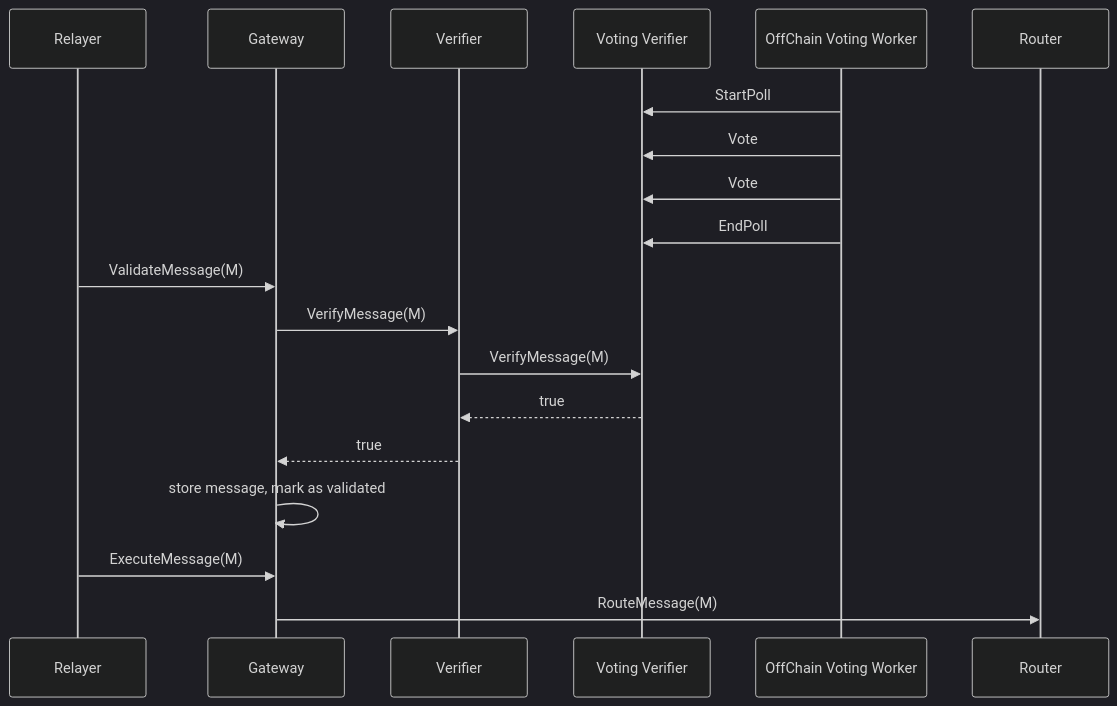
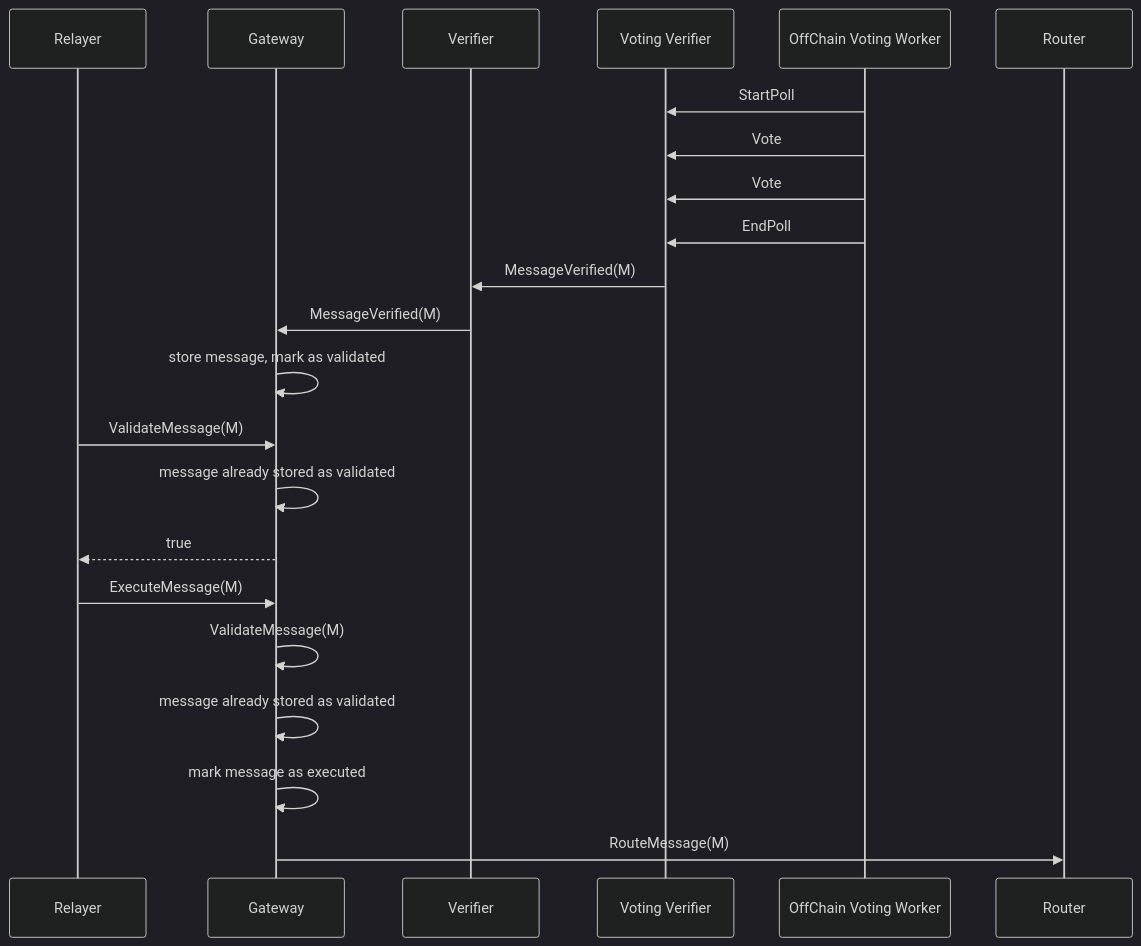
One commit to axelarnetwork/axelar-amplifier changed the third of 18 diagrams in README.md. Above: the diagram before and after it, drawn with Mermaid (dark theme). The commit also changed other lines of this file, not shown here.

````diff
--- a/README.md
+++ b/README.md
@@ -121,23 +94,27 @@
 ```mermaid
 sequenceDiagram
     participant Relayer
     participant Gateway
     participant Verifier
     participant Voting Verifier
     participant OffChain Voting Worker
     participant Router
     OffChain Voting Worker->>Voting Verifier: StartPoll
     OffChain Voting Worker->>Voting Verifier: Vote
     OffChain Voting Worker->>Voting Verifier: Vote
     OffChain Voting Worker->>Voting Verifier: EndPoll
 
-    Relayer->>Gateway: ValidateMessage(M)
-    Gateway->>Verifier: VerifyMessage(M)
-    Verifier->>Voting Verifier: VerifyMessage(M)
-    Voting Verifier-->>Verifier: true
-    Verifier-->>Gateway: true
+    Voting Verifier->>Verifier: MessageVerified(M)
+    Verifier->>Gateway: MessageVerified(M)
     Gateway->>Gateway: store message, mark as validated
 
+    Relayer->>Gateway: ValidateMessage(M)
+    Gateway->>Gateway: message already stored as validated
+    Gateway-->>Relayer: true
+
     Relayer->>Gateway: ExecuteMessage(M)
+    Gateway->>Gateway: ValidateMessage(M)
+    Gateway->>Gateway: message already stored as validated
+    Gateway->>Gateway: mark message as executed
     Gateway->>Router: RouteMessage(M)
 ```
````
